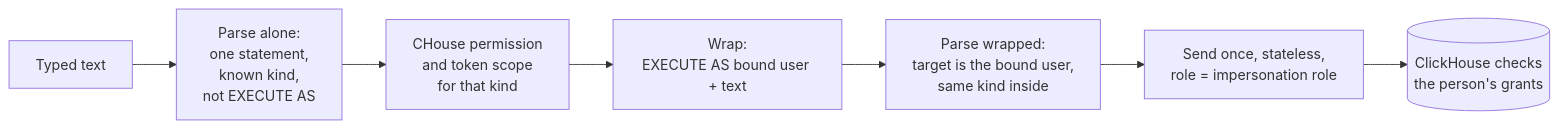
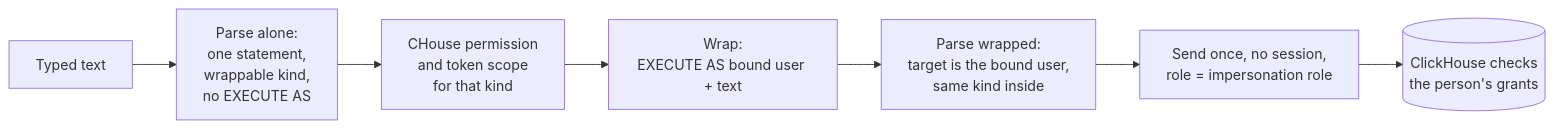
One commit to daun-gatal/chouse-ui changed the diagram in docs/adr/0033-every-statement-gets-a-clickhouse-identity.md. Above: the diagram before and after it, drawn with Mermaid. The commit also changed other lines of this file and 7 other files, not shown here.

````diff
--- a/docs/adr/0033-every-statement-gets-a-clickhouse-identity.md
+++ b/docs/adr/0033-every-statement-gets-a-clickhouse-identity.md
@@ -378,9 +599,9 @@
 ```mermaid
 flowchart LR
-    T[Typed text] --> P1[Parse alone:<br/>one statement,<br/>known kind,<br/>not EXECUTE AS]
+    T[Typed text] --> P1[Parse alone:<br/>one statement,<br/>wrappable kind,<br/>no EXECUTE AS]
     P1 --> K[CHouse permission<br/>and token scope<br/>for that kind]
     K --> W[Wrap:<br/>EXECUTE AS bound user + text]
     W --> P2[Parse wrapped:<br/>target is the bound user,<br/>same kind inside]
-    P2 --> S[Send once, stateless,<br/>role = impersonation role]
+    P2 --> S[Send once, no session,<br/>role = impersonation role]
     S --> CH[(ClickHouse checks<br/>the person's grants)]
 ```
````
